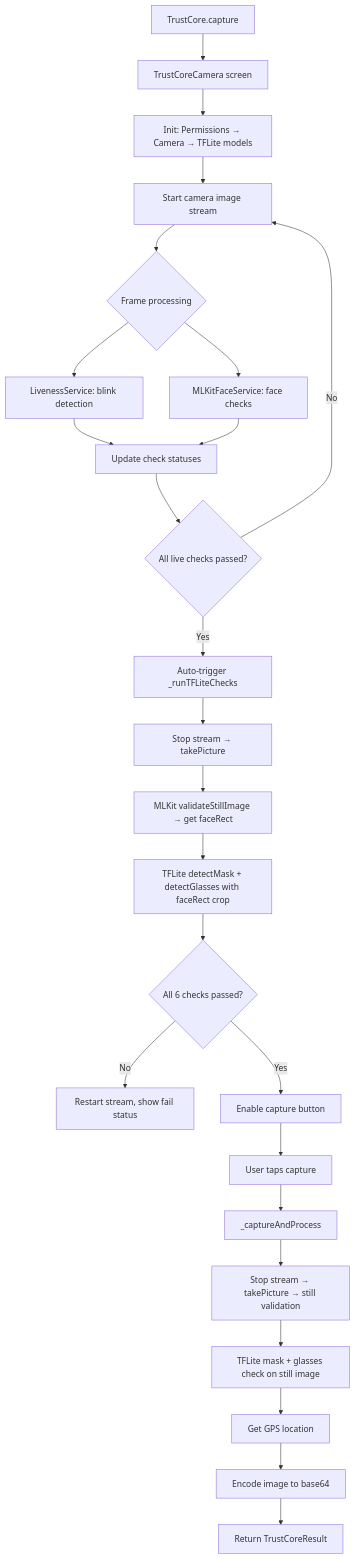
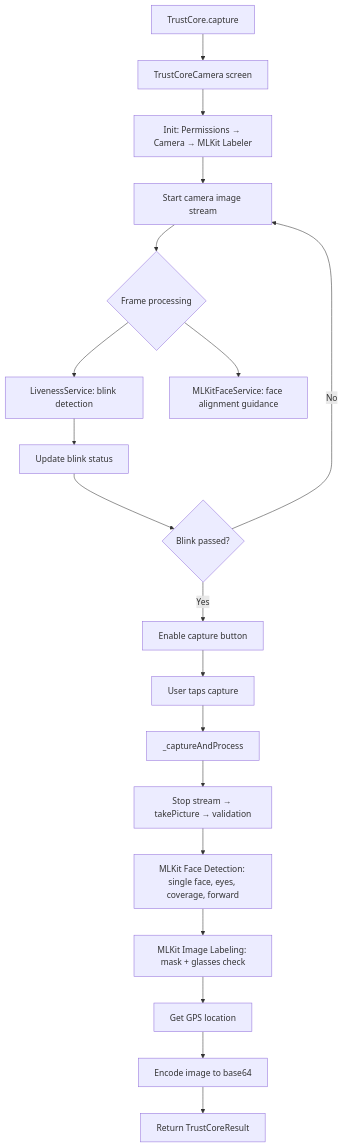
Before and after one commit to Arsh-Dev33/TrustCore: the diagram in AI_agent/trust_core_context.md, drawn with Mermaid. The commit also changed other lines of this file and 1 other file, not shown here.

````diff
--- a/AI_agent/trust_core_context.md
+++ b/AI_agent/trust_core_context.md
@@ -63,27 +56,21 @@
 ```mermaid
 flowchart TD
     A[TrustCore.capture] --> B[TrustCoreCamera screen]
-    B --> C[Init: Permissions → Camera → TFLite models]
+    B --> C[Init: Permissions → Camera → MLKit Labeler]
     C --> D[Start camera image stream]
     D --> E{Frame processing}
     E --> F[LivenessService: blink detection]
-    E --> G[MLKitFaceService: face checks]
-    F --> H[Update check statuses]
-    G --> H
-    H --> I{All live checks passed?}
+    E --> G[MLKitFaceService: face alignment guidance]
+    F --> H[Update blink status]
+    H --> I{Blink passed?}
     I -->|No| D
-    I -->|Yes| J[Auto-trigger _runTFLiteChecks]
-    J --> K[Stop stream → takePicture]
-    K --> L[MLKit validateStillImage → get faceRect]
-    L --> M[TFLite detectMask + detectGlasses with faceRect crop]
-    M --> N{All 6 checks passed?}
-    N -->|No| O[Restart stream, show fail status]
-    N -->|Yes| P[Enable capture button]
+    I -->|Yes| P[Enable capture button]
     P --> Q[User taps capture]
     Q --> R[_captureAndProcess]
-    R --> S[Stop stream → takePicture → still validation]
-    S --> T[TFLite mask + glasses check on still image]
-    T --> U[Get GPS location]
-    U --> V[Encode image to base64]
-    V --> W[Return TrustCoreResult]
+    R --> S[Stop stream → takePicture → validation]
+    S --> T[MLKit Face Detection: single face, eyes, coverage, forward]
+    T --> U[MLKit Image Labeling: mask + glasses check]
+    U --> V[Get GPS location]
+    V --> W[Encode image to base64]
+    W --> X[Return TrustCoreResult]
 ```
````
